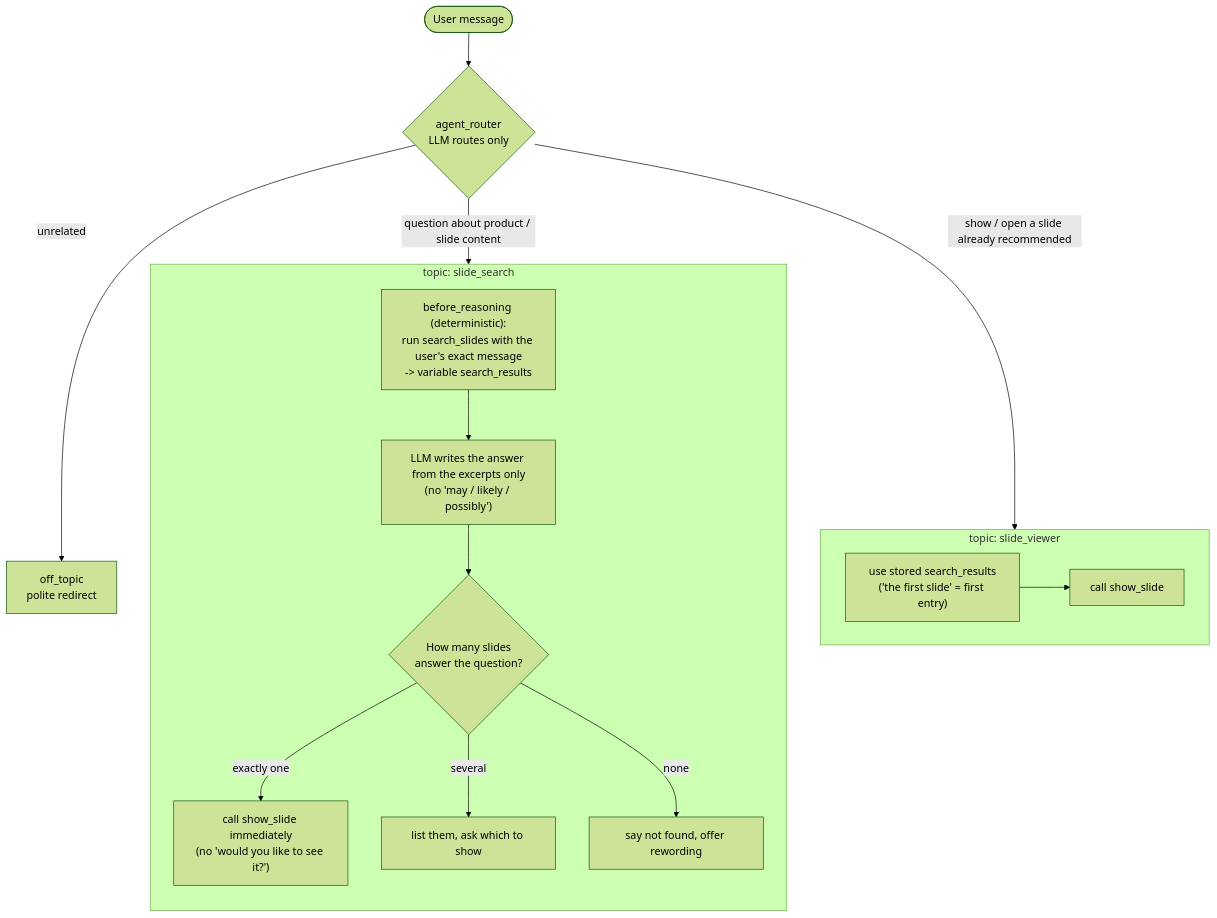
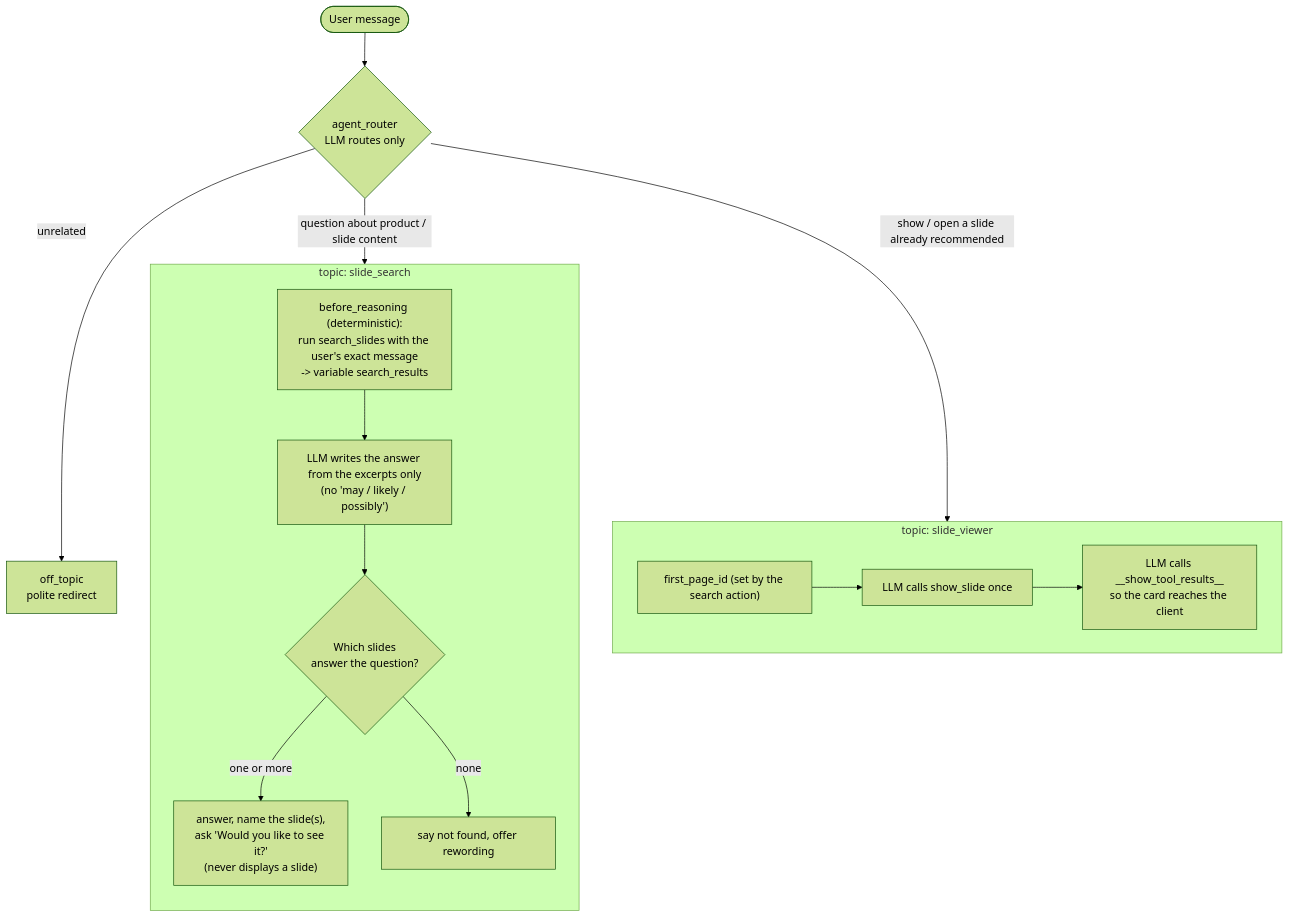
Before and after one commit to afls-ideas/Content-Search-AgentForce: the second of 3 diagrams in README.md, drawn with Mermaid (forest theme). The commit also changed other lines of this file and 3 other files, not shown here.

Commit message:
Confirm-then-show slide flow, show_tool_results card delivery, README Mermaid fix

````diff
--- a/README.md
+++ b/README.md
@@ -69,21 +69,20 @@
 ```mermaid
 flowchart TD
     U([User message]) --> R{agent_router<br/>LLM routes only}
     R -->|"question about product / slide content"| S
     R -->|"show / open a slide already recommended"| V
     R -->|"unrelated"| O["off_topic<br/>polite redirect"]
 
     subgraph S["topic: slide_search"]
         direction TB
         B["before_reasoning (deterministic):<br/>run search_slides with the user's exact message<br/>-> variable search_results"]
         B --> L["LLM writes the answer from the excerpts only<br/>(no 'may / likely / possibly')"]
-        L --> D{How many slides<br/>answer the question?}
-        D -->|exactly one| SH["call show_slide immediately<br/>(no 'would you like to see it?')"]
-        D -->|several| LS["list them, ask which to show"]
+        L --> D{Which slides<br/>answer the question?}
+        D -->|one or more| LS["answer, name the slide(s),<br/>ask 'Would you like to see it?'<br/>(never displays a slide)"]
         D -->|none| NF["say not found, offer rewording"]
     end
 
     subgraph V["topic: slide_viewer"]
-        V1["use stored search_results<br/>('the first slide' = first entry)"] --> V2["call show_slide"]
+        V1["first_page_id (set by the search action)"] --> V2["LLM calls show_slide once"] --> V3["LLM calls __show_tool_results__<br/>so the card reaches the client"]
     end
 ```
````
